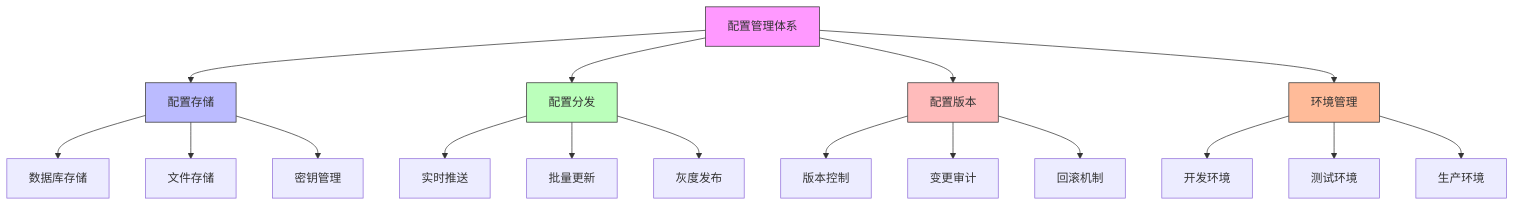
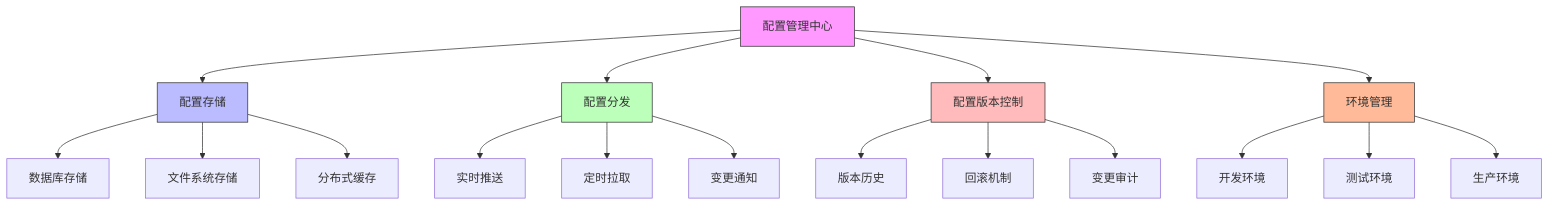
One commit to houbb/blog-plateform-design changed the diagram in src/posts/user-privilege/12-3-operations-perspective.md. Above: the diagram before and after it, drawn with Mermaid. The commit also changed other lines of this file and 10 other files, not shown here.

````diff
--- a/src/posts/user-privilege/12-3-operations-perspective.md
+++ b/src/posts/user-privilege/12-3-operations-perspective.md
@@ -21,29 +21,29 @@
 ```mermaid
 graph TD
-    A[配置管理体系] --> B[配置存储]
+    A[配置管理中心] --> B[配置存储]
     A --> C[配置分发]
-    A --> D[配置版本]
+    A --> D[配置版本控制]
     A --> E[环境管理]
     
     B --> B1[数据库存储]
-    B --> B2[文件存储]
-    B --> B3[密钥管理]
+    B --> B2[文件系统存储]
+    B --> B3[分布式缓存]
     
     C --> C1[实时推送]
-    C --> C2[批量更新]
-    C --> C3[灰度发布]
+    C --> C2[定时拉取]
+    C --> C3[变更通知]
     
-    D --> D1[版本控制]
-    D --> D2[变更审计]
-    D --> D3[回滚机制]
+    D --> D1[版本历史]
+    D --> D2[回滚机制]
+    D --> D3[变更审计]
     
     E --> E1[开发环境]
     E --> E2[测试环境]
     E --> E3[生产环境]
     
     style A fill:#f9f,stroke:#333
     style B fill:#bbf,stroke:#333
     style C fill:#bfb,stroke:#333
     style D fill:#fbb,stroke:#333
     style E fill:#fb9,stroke:#333
 ```
````
